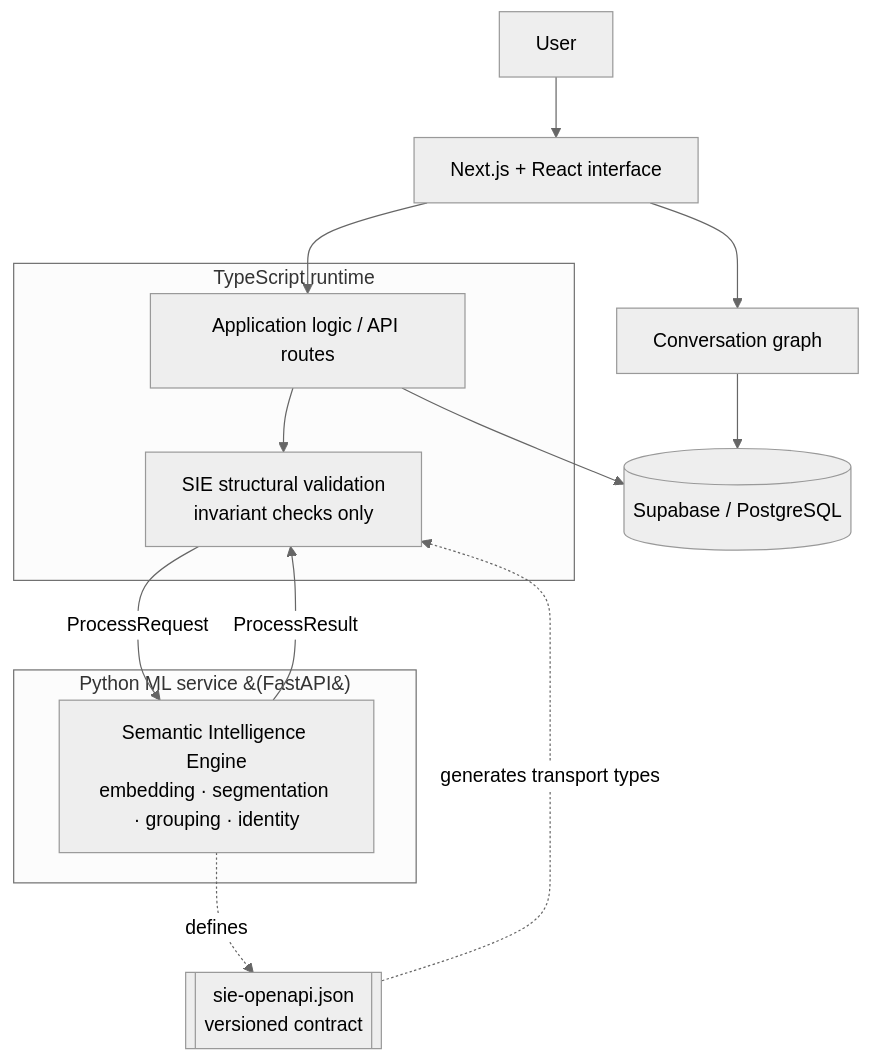
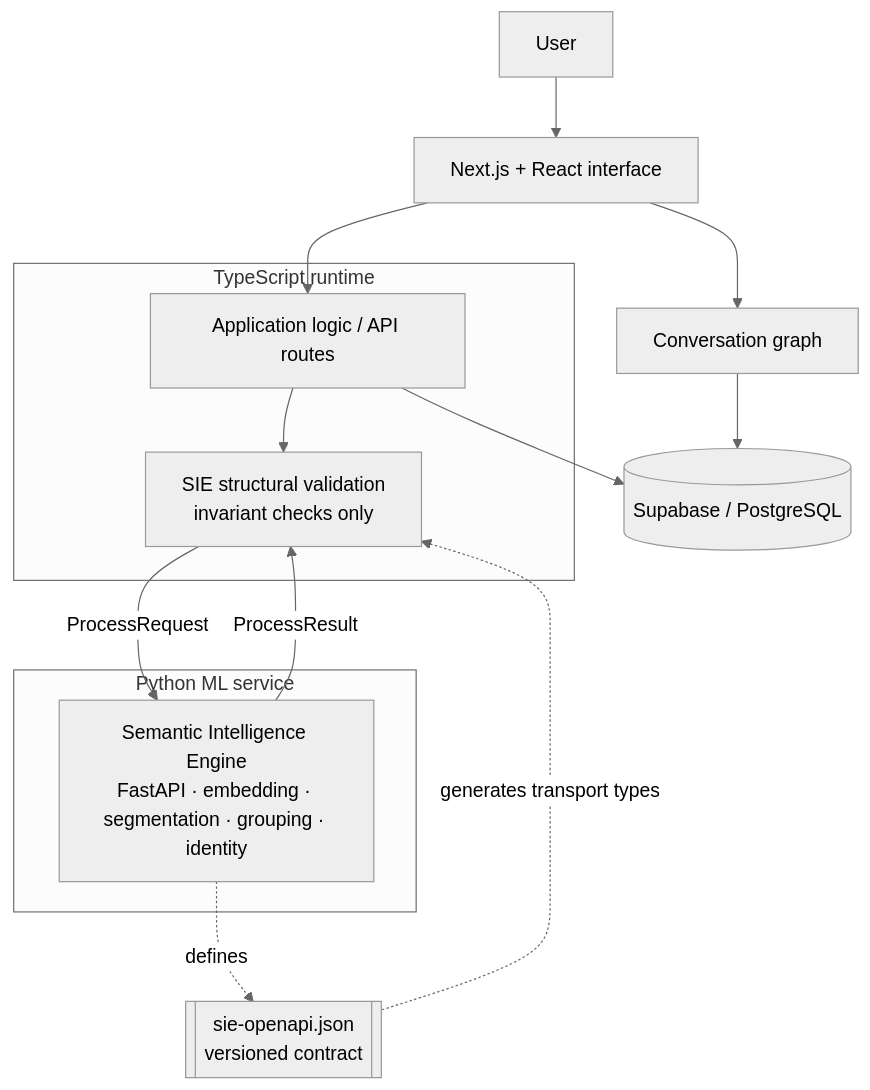
The diagram in README.md (anshikachourey/contextgraph), drawn with Mermaid (neutral theme) before and after one commit. The commit also changed other lines of this file, not shown here.

Commit message:
docs: simplify Mermaid subgraph title and polish README wording

````diff
--- a/README.md
+++ b/README.md
@@ -68,25 +68,25 @@
 ```mermaid
 flowchart TD
     U[User] --> UI[Next.js + React interface]
 
     UI --> G[Conversation graph]
     UI --> A[Application logic / API routes]
 
     G --> DB[(Supabase / PostgreSQL)]
     A --> DB
 
     subgraph TS[TypeScript runtime]
       A --> V[SIE structural validation<br/>invariant checks only]
     end
 
     V -- ProcessRequest --> ML
     ML -- ProcessResult --> V
 
-    subgraph PY[Python ML service &#40;FastAPI&#41;]
-      ML[Semantic Intelligence Engine<br/>embedding · segmentation · grouping · identity]
+    subgraph PY[Python ML service]
+      ML[Semantic Intelligence Engine<br/>FastAPI · embedding · segmentation · grouping · identity]
     end
 
     C[[sie-openapi.json<br/>versioned contract]]
     ML -. defines .-> C
     C -. generates transport types .-> V
 ```
````
